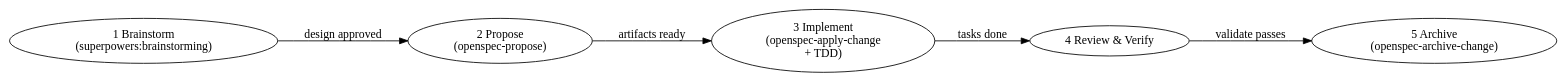
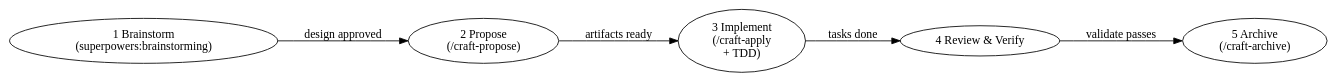
One commit to PJagshettiwar/craft changed the diagram in skills/spec-driven-sdlc/SKILL.md. Above: the diagram before and after it, drawn with Graphviz. The commit also changed other lines of this file and 13 other files, not shown here.

````diff
--- a/skills/spec-driven-sdlc/SKILL.md
+++ b/skills/spec-driven-sdlc/SKILL.md
@@ -29,14 +29,14 @@
 ```dot
 digraph sdlc {
   rankdir=LR;
   b  [label="1 Brainstorm\n(superpowers:brainstorming)"];
-  p  [label="2 Propose\n(openspec-propose)"];
-  a  [label="3 Implement\n(openspec-apply-change\n+ TDD)"];
+  p  [label="2 Propose\n(/craft-propose)"];
+  a  [label="3 Implement\n(/craft-apply\n+ TDD)"];
   rv [label="4 Review & Verify"];
-  ar [label="5 Archive\n(openspec-archive-change)"];
+  ar [label="5 Archive\n(/craft-archive)"];
   b -> p [label="design approved"];
   p -> a [label="artifacts ready"];
   a -> rv [label="tasks done"];
   rv -> ar [label="validate passes"];
 }
 ```
````
